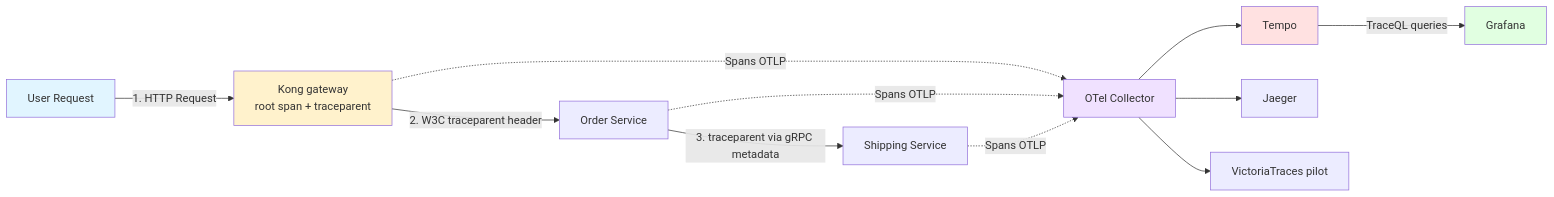
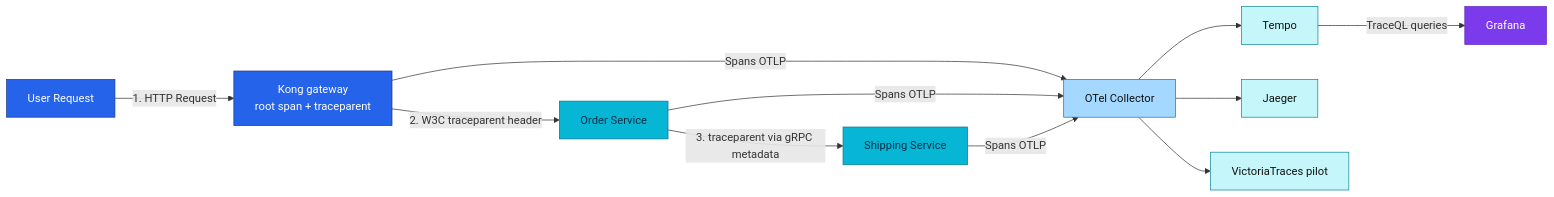
One commit to duynhlab/homelab changed the diagram in docs/observability/tracing/README.md. Above: the diagram before and after it, drawn with Mermaid. The commit also changed other lines of this file and 33 other files, not shown here.

First line of the commit message:
Refresh observability diagrams (#516)

````diff
--- a/docs/observability/tracing/README.md
+++ b/docs/observability/tracing/README.md
@@ -79,22 +79,27 @@
 ```mermaid
 flowchart LR
     A[User Request] -->|1. HTTP Request| K[Kong gateway<br/>root span + traceparent]
     K -->|2. W3C traceparent header| C[Order Service]
     C -->|3. traceparent via gRPC metadata| D[Shipping Service]
 
-    K -.->|Spans OTLP| O[OTel Collector]
-    C -.->|Spans OTLP| O
-    D -.->|Spans OTLP| O
+    K -->|Spans OTLP| O[OTel Collector]
+    C -->|Spans OTLP| O
+    D -->|Spans OTLP| O
 
     O --> E[Tempo]
     O --> J[Jaeger]
     O --> V[VictoriaTraces pilot]
 
     E -->|TraceQL queries| F[Grafana]
 
-    style A fill:#e1f5ff
-    style K fill:#fff2cc
-    style O fill:#f0e1ff
-    style E fill:#ffe1e1
-    style F fill:#e1ffe1
+    classDef edge fill:#2563eb,color:#fff,stroke:#1e3a8a;
+    classDef service fill:#06b6d4,color:#082f49,stroke:#0e7490;
+    classDef platform fill:#7c3aed,color:#fff,stroke:#5b21b6;
+    classDef trace fill:#c5f6fa,color:#111,stroke:#0c8599;
+    classDef collector fill:#a5d8ff,color:#111,stroke:#1971c2;
+    class A,K edge;
+    class C,D service;
+    class O collector;
+    class E,J,V trace;
+    class F platform;
 ```
````
